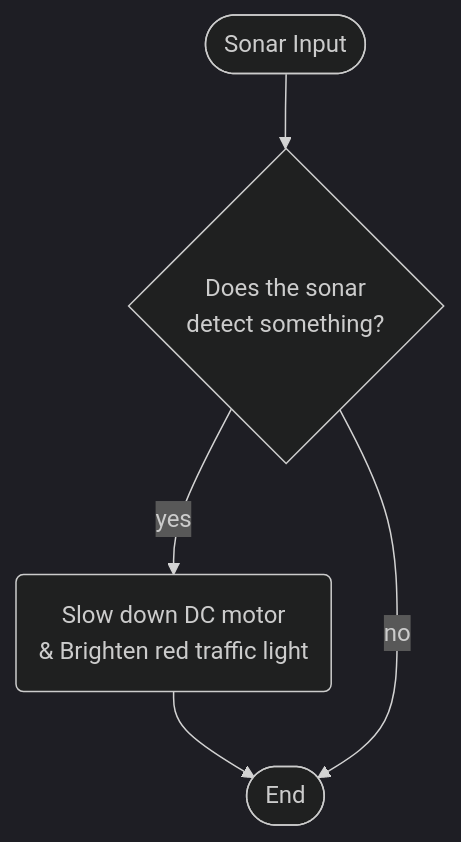
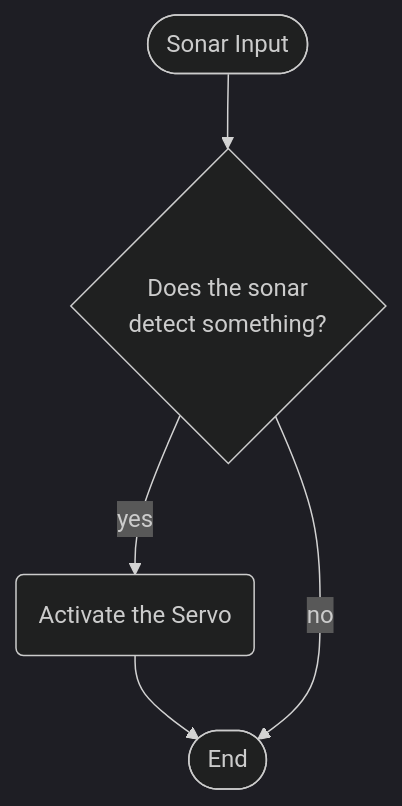
Before and after one commit to AjaySayer/Smart-Device-2023-Semester-1: the second of 6 diagrams in logic.md, drawn with Mermaid (dark theme). The commit also changed other lines of this file, not shown here.

````diff
--- a/logic.md
+++ b/logic.md
@@ -21,17 +21,17 @@
 ```mermaid 
 flowchart TD
     sonarInput([Sonar Input])
 
     sonarInput-->sonarDecision
 
     sonarDecision{Does the sonar <br/> detect something?}
 
-    sonarDecision-->|yes|slowDown
+    sonarDecision-->|yes|eject
 
-    slowDown(Slow down DC motor </br>& Brighten red traffic light)
-    slowDown-->complete
+    eject(Activate the Servo)
+    eject-->complete
 
     sonarDecision-->|no|complete
 
     complete([End])
 ```
````
